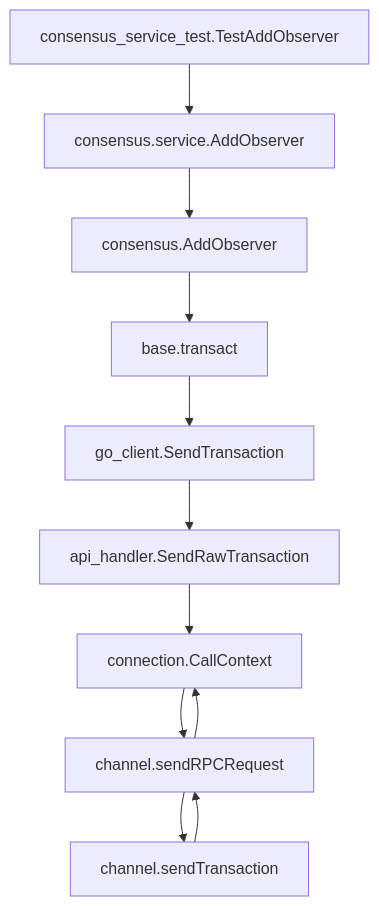
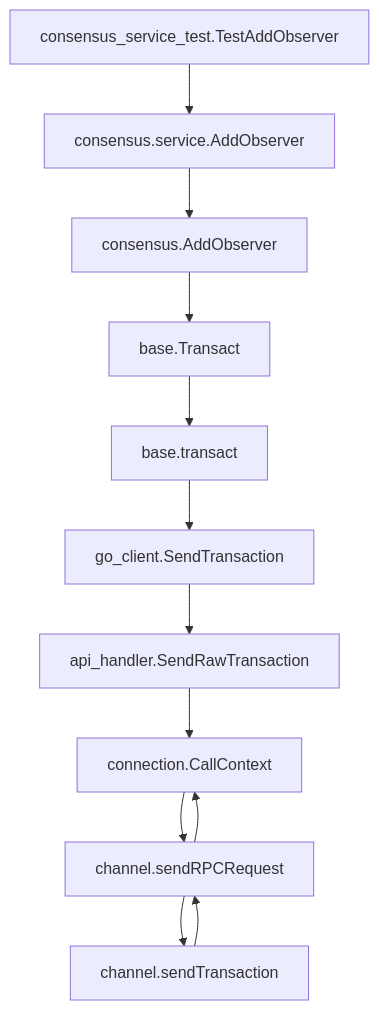
Before and after one commit to sulenn/blogDir: the sixth of 8 diagrams in practice/实习期工作计划/工作产出/go-sdk/超时时间方案.md, drawn with Mermaid. The commit also changed 4 other files, not shown here.

````diff
--- a/practice/实习期工作计划/工作产出/go-sdk/超时时间方案.md
+++ b/practice/实习期工作计划/工作产出/go-sdk/超时时间方案.md
@@ -66,4 +66,4 @@
 ```mermaid
 graph TD;
-consensus_service_test.TestAddObserver-->consensus.service.AddObserver-->consensus.AddObserver-->base.transact-->go_client.SendTransaction-->api_handler.SendRawTransaction-->connection.CallContext-->channel.sendRPCRequest-->channel.sendTransaction-->channel.sendRPCRequest-->connection.CallContext
+consensus_service_test.TestAddObserver-->consensus.service.AddObserver-->consensus.AddObserver-->base.Transact-->base.transact-->go_client.SendTransaction-->api_handler.SendRawTransaction-->connection.CallContext-->channel.sendRPCRequest-->channel.sendTransaction-->channel.sendRPCRequest-->connection.CallContext
 ```
````
